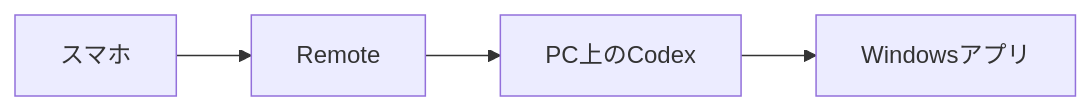
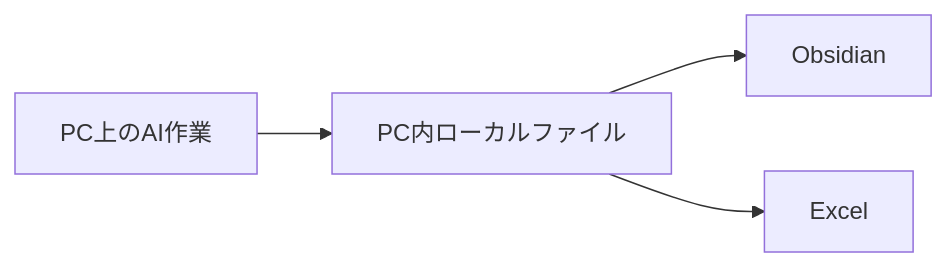
One commit to fukkamaru/digital-garden changed the second of 5 diagrams in content/31_Research/スマートフォンからChatGPT Work／Codex／PCを遠隔利用する方法の整理.md. Above: the diagram before and after it, drawn with Mermaid. The commit also changed other lines of this file and 319 other files, not shown here.

````diff
--- a/content/31_Research/スマートフォンからChatGPT Work／Codex／PCを遠隔利用する方法の整理.md
+++ b/content/31_Research/スマートフォンからChatGPT Work／Codex／PCを遠隔利用する方法の整理.md
@@ -397,9 +82,6 @@
 ```mermaid
 flowchart LR
-    A[スマホ]
-    B[Remote]
-    C[PC上のCodex]
-    D[Windowsアプリ]
-
-    A --> B --> C --> D
+    A[PC上のAI作業] --> B[PC内ローカルファイル]
+    B --> C[Obsidian]
+    B --> D[Excel]
 ```
````
